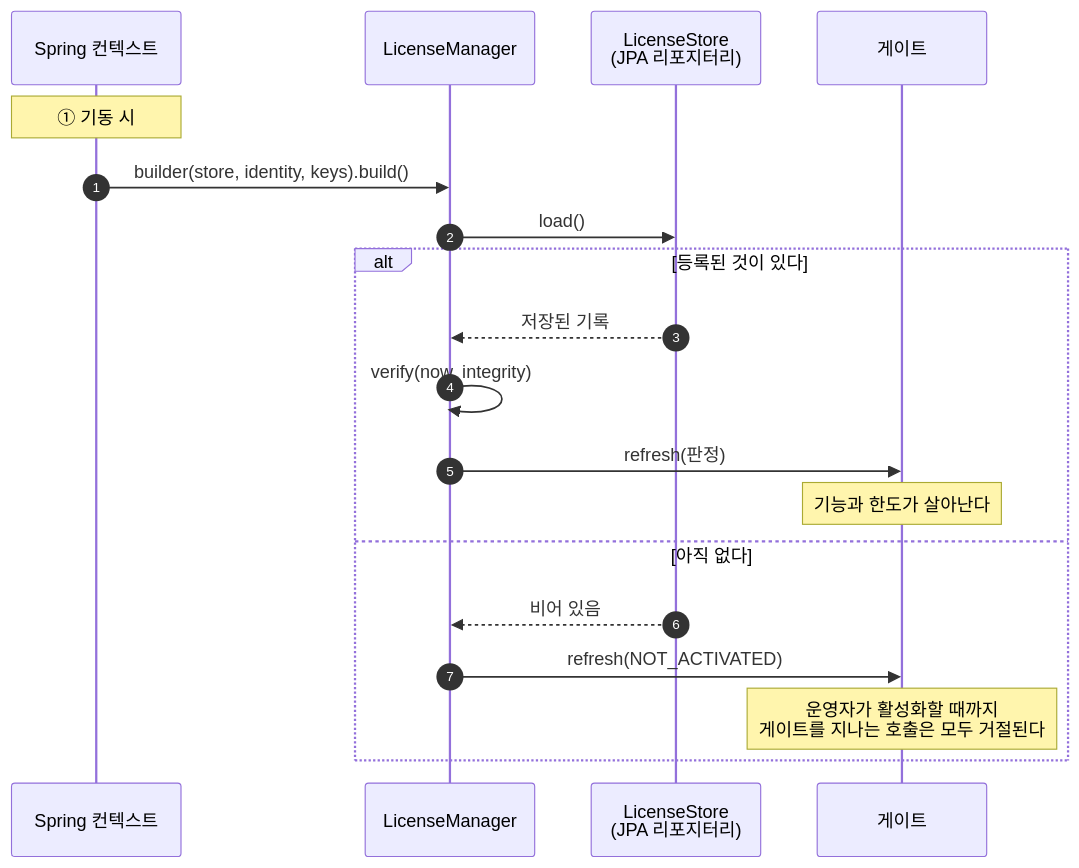
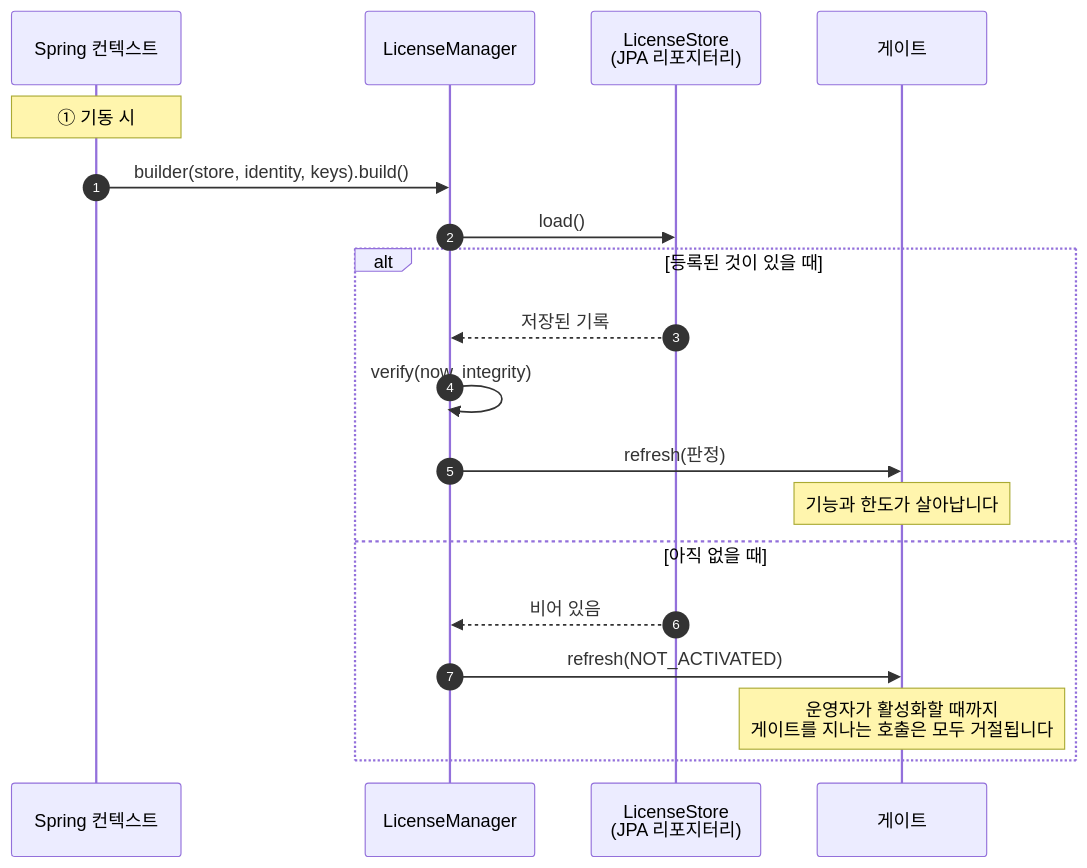
The first of 2 diagrams in docs/manual/ko/java.md (accesscore-dev/accesscore-license-sdk-dist), drawn with Mermaid before and after one commit. The commit also changed other lines of this file and 6 other files, not shown here.

Commit message:
docs: hold the Korean diagrams to the same style as the prose

````diff
--- a/docs/manual/ko/java.md
+++ b/docs/manual/ko/java.md
@@ -7,22 +7,22 @@
 ```mermaid
 sequenceDiagram
     autonumber
     participant Boot as Spring 컨텍스트
     participant Mgr as LicenseManager
     participant Store as LicenseStore<br/>(JPA 리포지터리)
     participant Gate as 게이트
 
     Note over Boot: ① 기동 시
     Boot->>Mgr: builder(store, identity, keys).build()
     Mgr->>Store: load()
-    alt 등록된 것이 있다
+    alt 등록된 것이 있을 때
         Store-->>Mgr: 저장된 기록
         Mgr->>Mgr: verify(now, integrity)
         Mgr->>Gate: refresh(판정)
-        Note over Gate: 기능과 한도가 살아난다
-    else 아직 없다
+        Note over Gate: 기능과 한도가 살아납니다
+    else 아직 없을 때
         Store-->>Mgr: 비어 있음
         Mgr->>Gate: refresh(NOT_ACTIVATED)
-        Note over Gate: 운영자가 활성화할 때까지<br/>게이트를 지나는 호출은 모두 거절된다
+        Note over Gate: 운영자가 활성화할 때까지<br/>게이트를 지나는 호출은 모두 거절됩니다
     end
 ```
````
